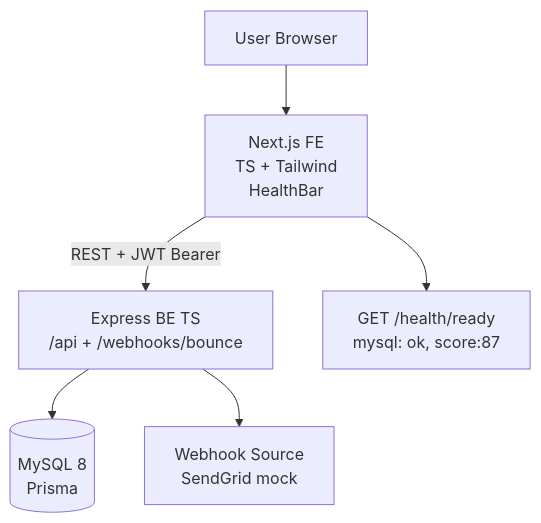
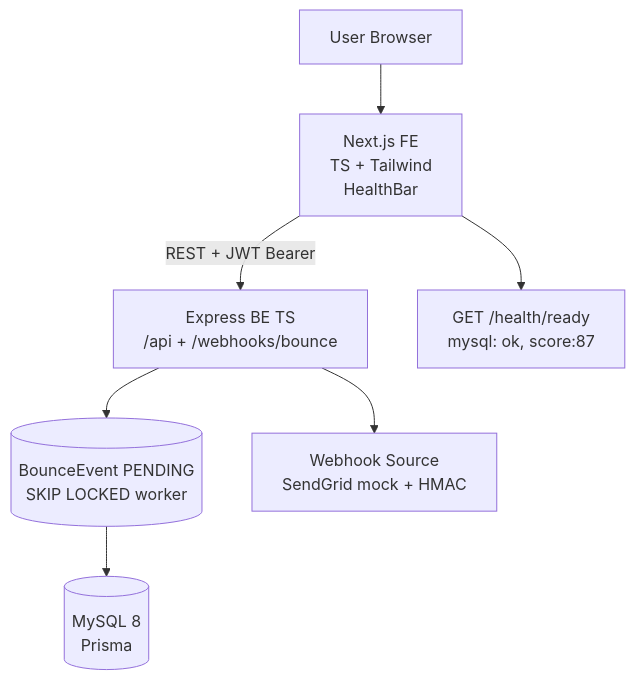
One commit to maczeo11/Dead-Letter-Office changed the diagram in docs/ARCHITECTURE.md. Above: the diagram before and after it, drawn with Mermaid. The commit also changed other lines of this file and 1 other file, not shown here.

Commit message:
docs: apply review — weighted scoring, queue worker, route fix

````diff
--- a/docs/ARCHITECTURE.md
+++ b/docs/ARCHITECTURE.md
@@ -7,8 +7,9 @@
 ```mermaid
 flowchart TB
   U[User Browser] --> FE[Next.js FE\nTS + Tailwind\nHealthBar]
   FE -->|REST + JWT Bearer| BE[Express BE TS\n/api + /webhooks/bounce]
-  BE --> DB[(MySQL 8\nPrisma)]
-  BE --> WH[Webhook Source\nSendGrid mock]
+  BE --> Q[(BounceEvent PENDING\nSKIP LOCKED worker)]
+  Q --> DB[(MySQL 8\nPrisma)]
+  BE --> WH[Webhook Source\nSendGrid mock + HMAC]
   FE --> HB[GET /health/ready\nmysql: ok, score:87]
 ```
````
